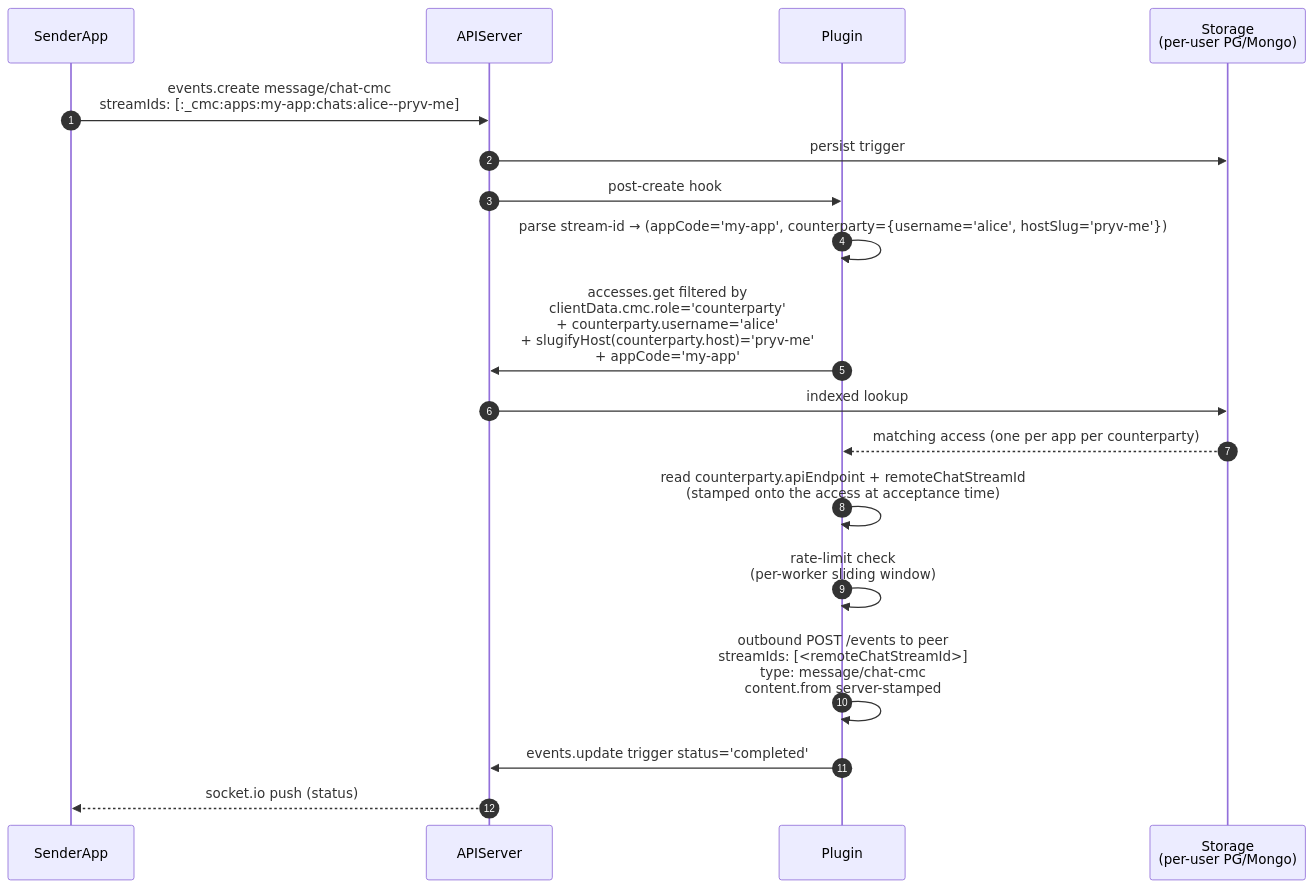
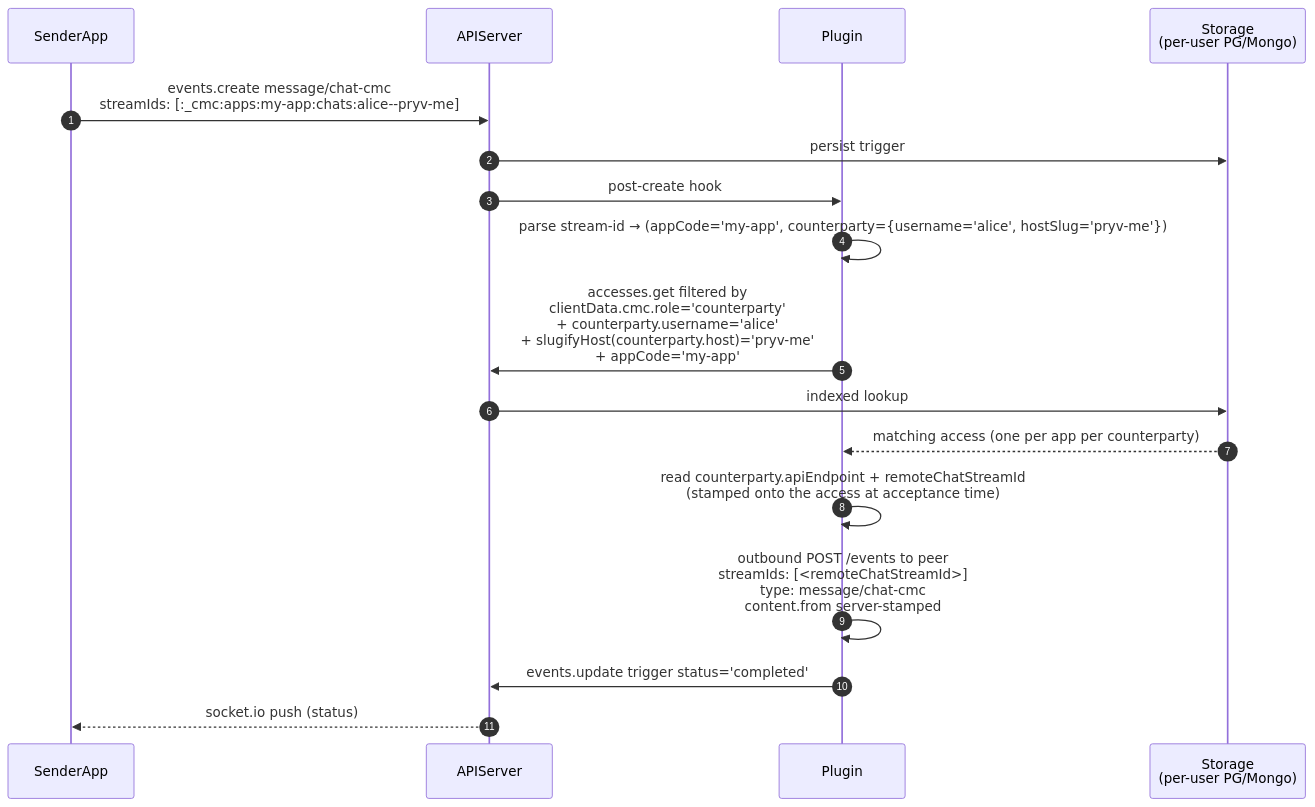
Before and after one commit to pryv/open-pryv.io: the sixth of 14 diagrams in components/cmc/INTERNALS.md, drawn with Mermaid. The commit also changed other lines of this file and 23 other files, not shown here.

````diff
--- a/components/cmc/INTERNALS.md
+++ b/components/cmc/INTERNALS.md
@@ -292,21 +291,20 @@
 ```mermaid
 sequenceDiagram
     autonumber
     participant App as SenderApp
     participant APIServer
     participant Plugin
     participant Storage as Storage<br/>(per-user PG/Mongo)
 
     App->>APIServer: events.create message/chat-cmc<br/>streamIds: [:_cmc:apps:my-app:chats:alice--pryv-me]
     APIServer->>Storage: persist trigger
     APIServer->>Plugin: post-create hook
     Plugin->>Plugin: parse stream-id → (appCode='my-app', counterparty={username='alice', hostSlug='pryv-me'})
     Plugin->>APIServer: accesses.get filtered by<br/>clientData.cmc.role='counterparty'<br/>+ counterparty.username='alice'<br/>+ slugifyHost(counterparty.host)='pryv-me'<br/>+ appCode='my-app'
     APIServer->>Storage: indexed lookup
     Storage-->>Plugin: matching access (one per app per counterparty)
     Plugin->>Plugin: read counterparty.apiEndpoint + remoteChatStreamId<br/>(stamped onto the access at acceptance time)
-    Plugin->>Plugin: rate-limit check<br/>(per-worker sliding window)
     Plugin->>Plugin: outbound POST /events to peer<br/>streamIds: [<remoteChatStreamId>]<br/>type: message/chat-cmc<br/>content.from server-stamped
     Plugin->>APIServer: events.update trigger status='completed'
     APIServer-->>App: socket.io push (status)
 ```
````
